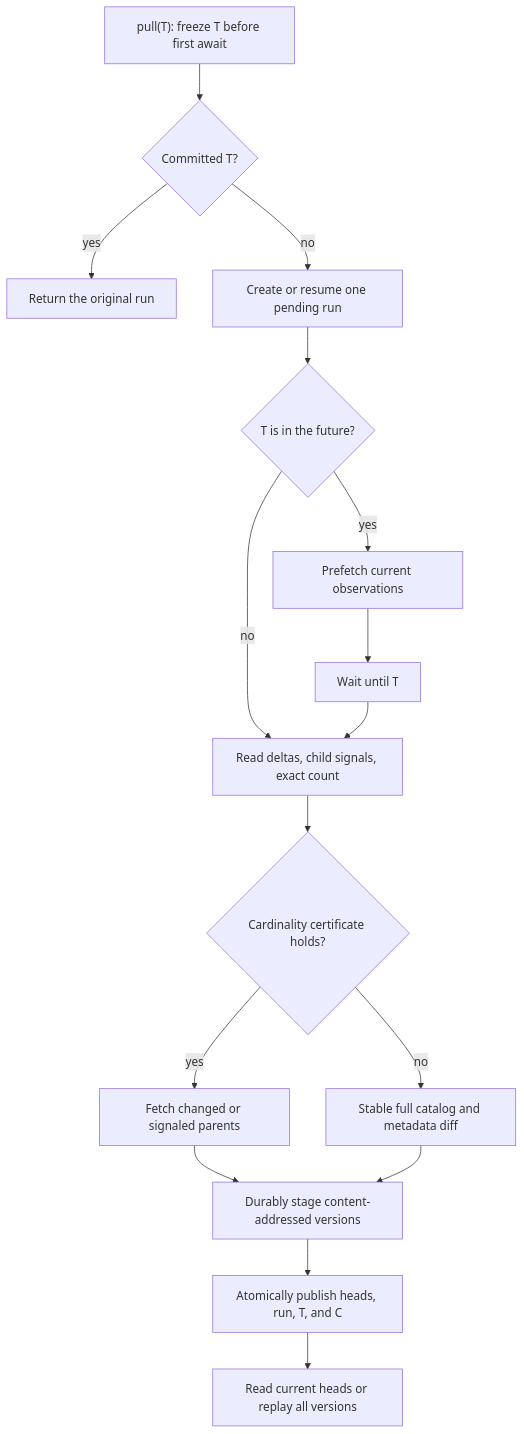
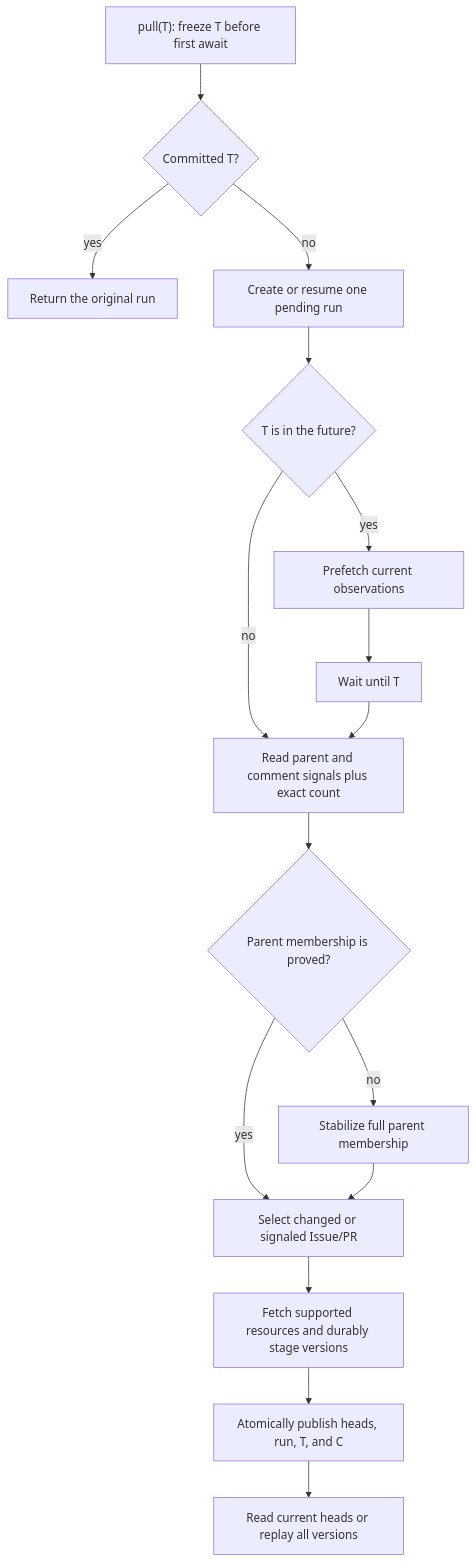
One commit to Delva0/gh-puller changed the first of 2 diagrams in docs/github-puller.md. Above: the diagram before and after it, drawn with Mermaid. The commit also changed other lines of this file and 9 other files, not shown here.

````diff
--- a/docs/github-puller.md
+++ b/docs/github-puller.md
@@ -25,18 +26,18 @@
 ```mermaid
 flowchart TD
     Call["pull(T): freeze T before first await"] --> Existing{"Committed T?"}
     Existing -->|yes| Return["Return the original run"]
     Existing -->|no| Pending["Create or resume one pending run"]
     Pending --> Future{"T is in the future?"}
     Future -->|yes| Prefetch["Prefetch current observations"]
     Prefetch --> Wait["Wait until T"]
-    Future -->|no| Discover["Read deltas, child signals, exact count"]
+    Future -->|no| Discover["Read parent and comment signals plus exact count"]
     Wait --> Discover
-    Discover --> Cert{"Cardinality certificate holds?"}
-    Cert -->|yes| Dirty["Fetch changed or signaled parents"]
-    Cert -->|no| Full["Stable full catalog and metadata diff"]
-    Dirty --> Stage["Durably stage content-addressed versions"]
-    Full --> Stage
+    Discover --> Cert{"Parent membership is proved?"}
+    Cert -->|yes| Select["Select changed or signaled Issue/PR"]
+    Cert -->|no| Full["Stabilize full parent membership"]
+    Full --> Select
+    Select --> Stage["Fetch supported resources and durably stage versions"]
     Stage --> Publish["Atomically publish heads, run, T, and C"]
     Publish --> Read["Read current heads or replay all versions"]
 ```
````
